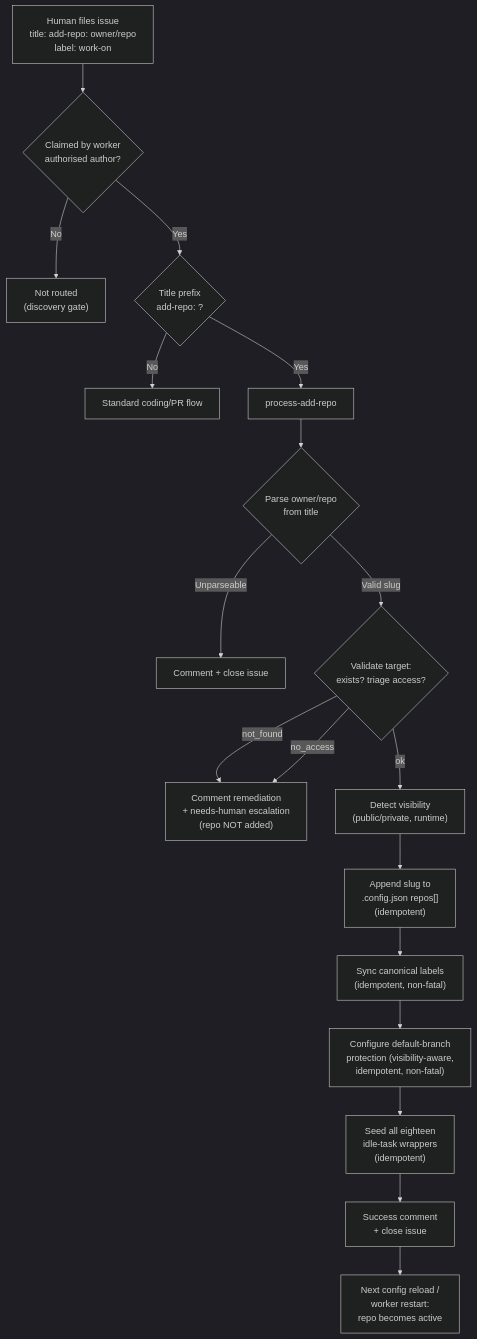
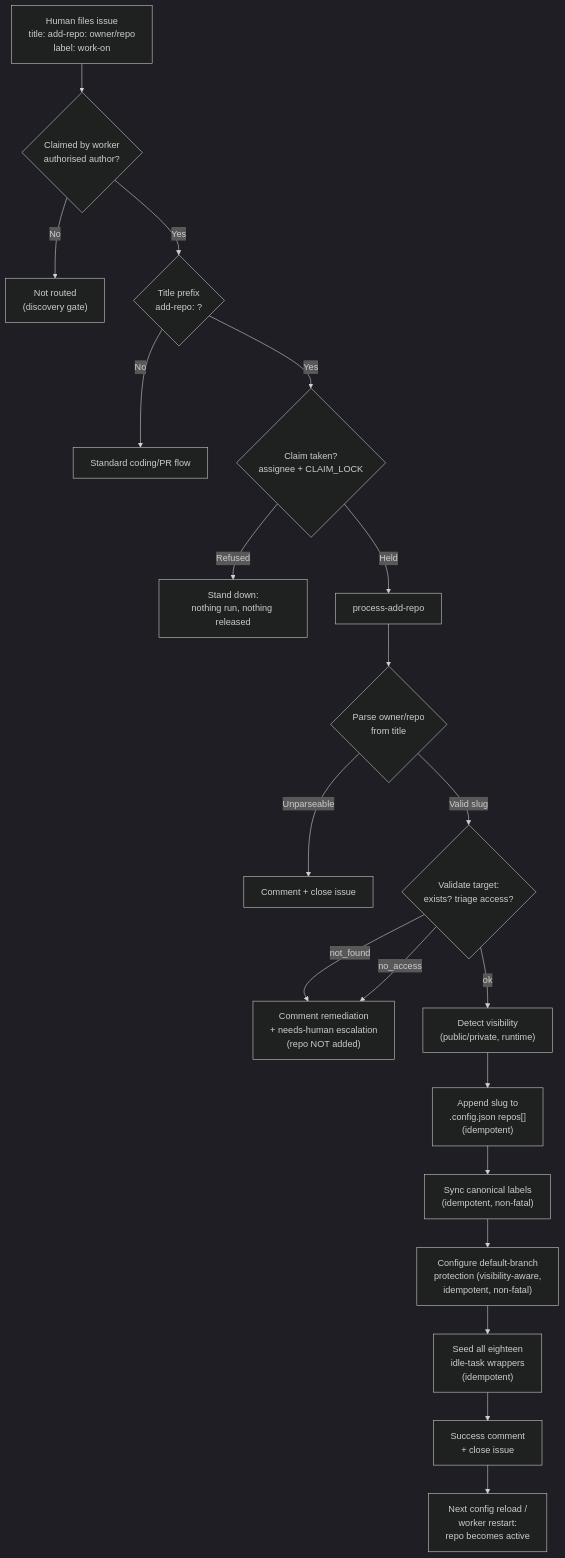
The diagram in docs/ADD-REPO.md (stSoftwareAU/VibeCoder), drawn with Mermaid (dark theme) before and after one commit. The commit also changed other lines of this file and 18 other files, not shown here.

First line of the commit message:
Claim the add-repo and seed-idle-tasks routes, and release nothing on a refused setup claim (Issue #1193)

````diff
--- a/docs/ADD-REPO.md
+++ b/docs/ADD-REPO.md
@@ -131,20 +143,22 @@
 ```mermaid
 flowchart TD
     A["Human files issue<br/>title: add-repo: owner/repo<br/>label: work-on"] --> B{Claimed by worker<br/>authorised author?}
     B -- No --> Z["Not routed<br/>(discovery gate)"]
     B -- Yes --> C{Title prefix<br/>add-repo: ?}
     C -- No --> Y["Standard coding/PR flow"]
-    C -- Yes --> D["process-add-repo"]
+    C -- Yes --> C2{Claim taken?<br/>assignee + CLAIM_LOCK}
+    C2 -- Refused --> C3["Stand down:<br/>nothing run, nothing released"]
+    C2 -- Held --> D["process-add-repo"]
     D --> E{Parse owner/repo<br/>from title}
     E -- Unparseable --> E1["Comment + close issue"]
     E -- Valid slug --> F{Validate target:<br/>exists? triage access?}
     F -- not_found --> F1["Comment remediation<br/>+ needs-human escalation<br/>(repo NOT added)"]
     F -- no_access --> F1
     F -- ok --> G["Detect visibility<br/>(public/private, runtime)"]
     G --> H["Append slug to<br/>.config.json repos[]<br/>(idempotent)"]
     H --> S["Sync canonical labels<br/>(idempotent, non-fatal)"]
     S --> P["Configure default-branch<br/>protection (visibility-aware,<br/>idempotent, non-fatal)"]
     P --> I["Seed all eighteen<br/>idle-task wrappers<br/>(idempotent)"]
     I --> J["Success comment<br/>+ close issue"]
     J --> K["Next config reload /<br/>worker restart:<br/>repo becomes active"]
 ```
````
